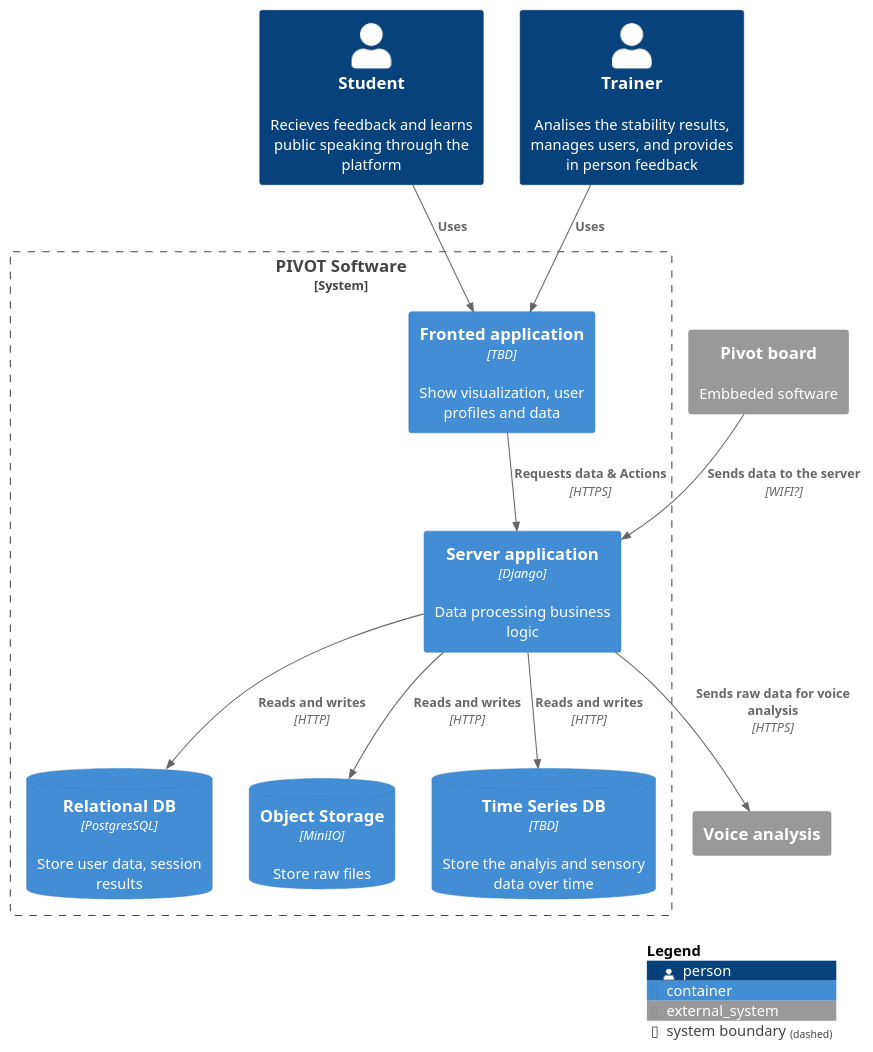
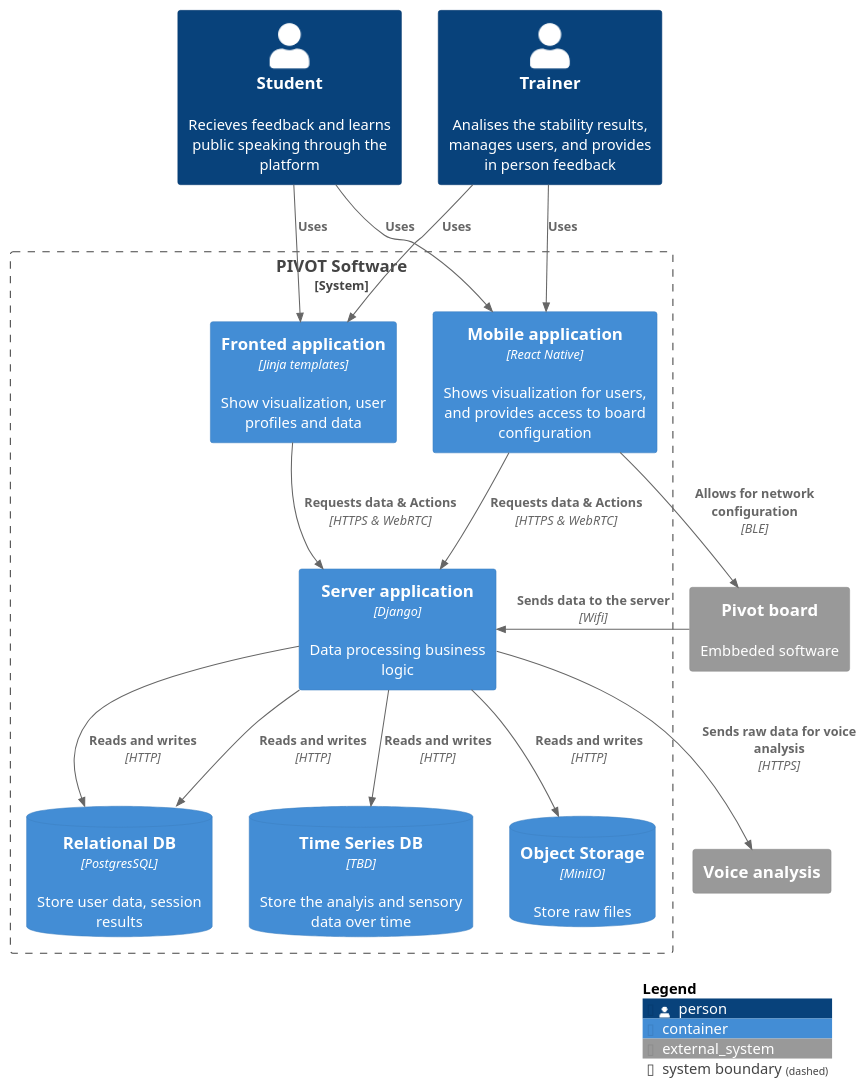
The diagram in C4_Graph.puml (Slimeball12399/Pivot_expert_in_teams), drawn with PlantUML before and after one commit.

Commit message:
updated c4

```diff
--- a/C4_Graph.puml
+++ b/C4_Graph.puml
@@ -1,32 +1,38 @@
 @startuml Boundary Diagram
 !include <C4/C4_Container>
 
 Person(student, "Student", "Recieves feedback and learns public speaking through the platform")
 Person(admin, "Trainer", "Analises the stability results, manages users, and provides in person feedback")
 
 
 System_Boundary(pivot, "PIVOT Software") { 
-    Container(frontend, "Fronted application", "TBD", "Show visualization, user profiles and data")
+    Container(frontend, "Fronted application", "Jinja templates", "Show visualization, user profiles and data")
+    Container(mobile, "Mobile application", "React Native", "Shows visualization for users, and provides access to board configuration")
     Container(backend, "Server application", "Django", "Data processing business logic")
     ContainerDb(db, "Relational DB", "PostgresSQL", "Store user data, session results")
     ContainerDb(obj, "Object Storage", "MiniIO", "Store raw files")
     ContainerDb(tims, "Time Series DB", "TBD", "Store the analyis and sensory data over time")
 }
 
 System_Ext(voice, "Voice analysis")
 System_Ext(platform, "Pivot board", "Embbeded software")
 
 Rel(student, frontend, "Uses")
 Rel(admin, frontend, "Uses")
+Rel(student, mobile, "Uses")
+Rel(admin, mobile, "Uses")
 
-Rel(frontend, backend, "Requests data & Actions", "HTTPS")
+Rel(frontend, backend, "Requests data & Actions", "HTTPS & WebRTC")
+Rel(mobile, backend, "Requests data & Actions", "HTTPS & WebRTC")
+Rel(backend, db, "Reads and writes", "HTTP")
 Rel(backend, db, "Reads and writes", "HTTP")
 Rel(backend, obj, "Reads and writes", "HTTP")
 Rel(backend, tims, "Reads and writes", "HTTP")
 
 
 Rel(backend, voice, "Sends raw data for voice analysis", "HTTPS")
-Rel(platform, backend, "Sends data to the server", "WIFI?")
+Rel(platform, backend, "Sends data to the server", "Wifi")
+Rel(mobile, platform, "Allows for network configuration", "BLE")
 
 SHOW_LEGEND()
 @enduml
```
